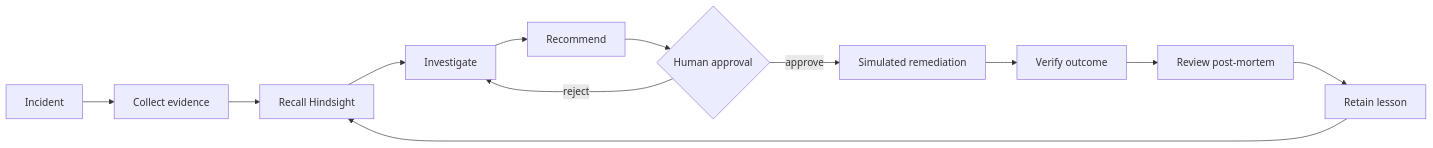
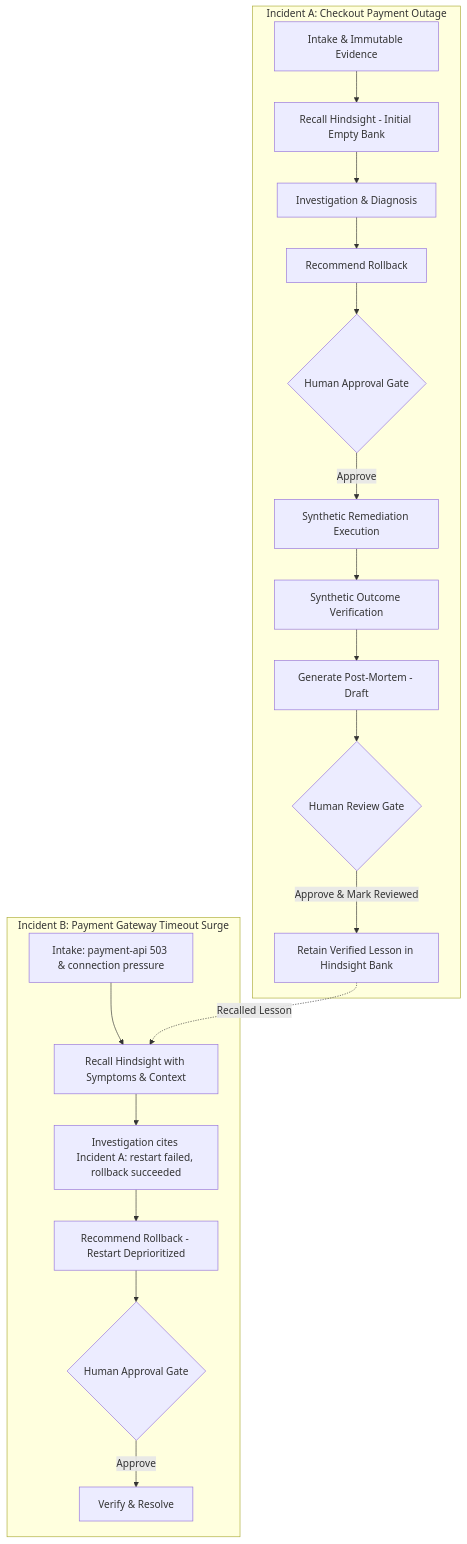
Before and after one commit to sasaankteku-blip/MemoryOps-AI-Incident-Agent: the diagram in README.md, drawn with Mermaid. The commit also changed other lines of this file and 18 other files, not shown here.

Commit message:
Complete Hindsight incident memory lifecycle

````diff
--- a/README.md
+++ b/README.md
@@ -14,14 +53,23 @@
 ```mermaid
-flowchart LR
-  A[Incident] --> B[Collect evidence]
-  B --> C[Recall Hindsight]
-  C --> D[Investigate]
-  D --> E[Recommend]
-  E --> F{Human approval}
-  F -->|approve| G[Simulated remediation]
-  F -->|reject| D
-  G --> H[Verify outcome]
-  H --> I[Review post-mortem]
-  I --> J[Retain lesson]
-  J --> C
+flowchart TD
+  subgraph Incident A [Incident A: Checkout Payment Outage]
+    A1[Intake & Immutable Evidence] --> A2[Recall Hindsight - Initial Empty Bank]
+    A2 --> A3[Investigation & Diagnosis]
+    A3 --> A4[Recommend Rollback]
+    A4 --> A5{Human Approval Gate}
+    A5 -->|Approve| A6[Synthetic Remediation Execution]
+    A6 --> A7[Synthetic Outcome Verification]
+    A7 --> A8[Generate Post-Mortem - Draft]
+    A8 --> A9{Human Review Gate}
+    A9 -->|Approve & Mark Reviewed| A10[Retain Verified Lesson in Hindsight Bank]
+  end
+
+  subgraph Incident B [Incident B: Payment Gateway Timeout Surge]
+    B1[Intake: payment-api 503 & connection pressure] --> B2[Recall Hindsight with Symptoms & Context]
+    A10 -.->|Recalled Lesson| B2
+    B2 --> B3[Investigation cites Incident A: restart failed, rollback succeeded]
+    B3 --> B4[Recommend Rollback - Restart Deprioritized]
+    B4 --> B5{Human Approval Gate}
+    B5 -->|Approve| B6[Verify & Resolve]
+  end
 ```
````
